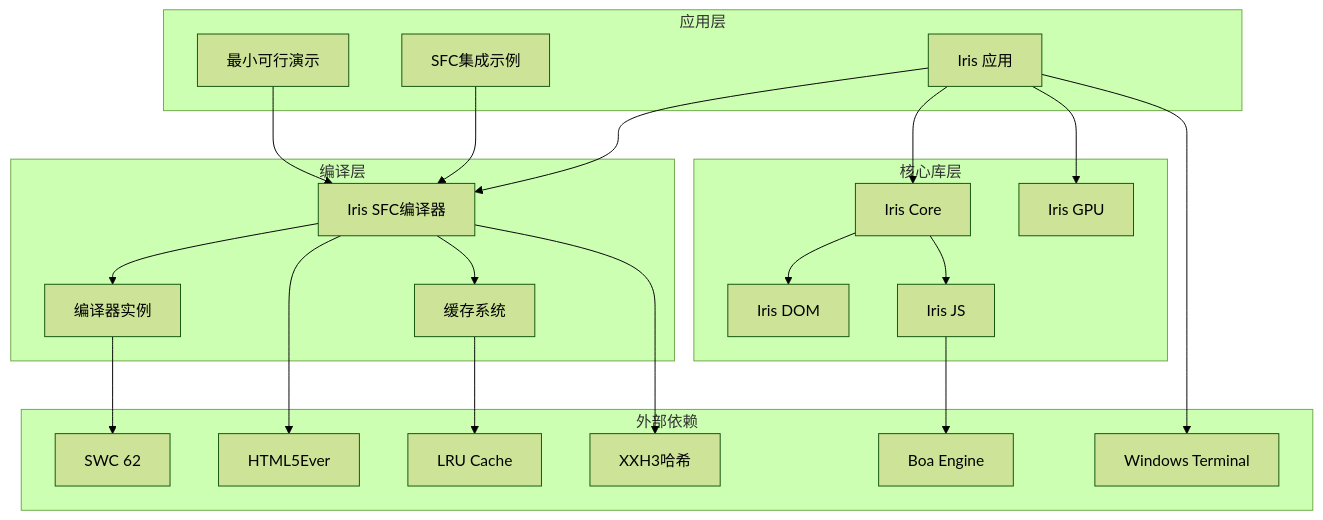
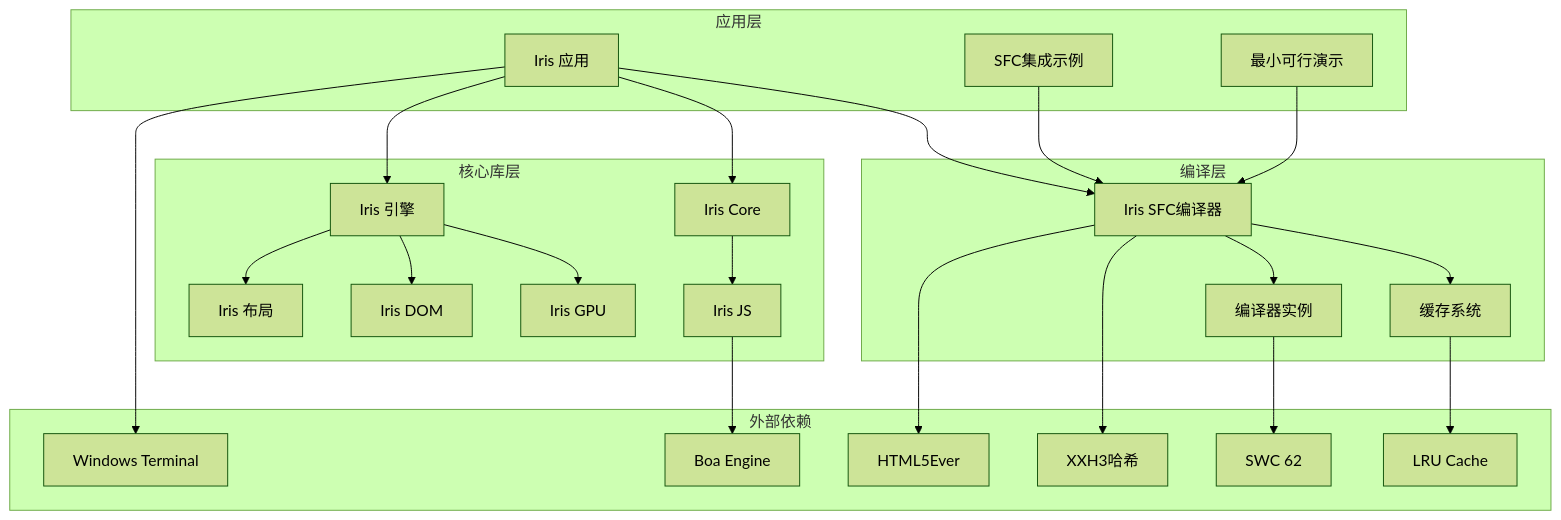
The fourth of 17 diagrams in .qoder/repowiki/zh/content/技术架构详解/即时转译系统/SFC编译器初始化机制/SFC集成示例.md (itszzl-sudo/iris), drawn with Mermaid (forest theme) before and after one commit. The commit also changed other lines of this file and 8 other files, not shown here.

First line of the commit message:
Phase C 完成: DOM  Layout 集成

````diff
--- a/.qoder/repowiki/zh/content/技术架构详解/即时转译系统/SFC编译器初始化机制/SFC集成示例.md
+++ b/.qoder/repowiki/zh/content/技术架构详解/即时转译系统/SFC编译器初始化机制/SFC集成示例.md
@@ -196,42 +207,46 @@
 ```mermaid
 graph TB
 subgraph "应用层"
 APP[Iris 应用]
 DEMO[SFC集成示例]
 MINIMAL[最小可行演示]
 end
 subgraph "编译层"
 SFC[Iris SFC编译器]
 CACHE[缓存系统]
 COMPILER[编译器实例]
 end
 subgraph "核心库层"
 CORE[Iris Core]
+ENGINE[Iris 引擎]
 GPU[Iris GPU]
 DOM[Iris DOM]
 JS[Iris JS]
+LAYOUT[Iris 布局]
 end
 subgraph "外部依赖"
 SWC[SWC 62]
 HTML5EVER[HTML5Ever]
 LRU[LRU Cache]
 XXHASH[XXH3哈希]
 BOA[Boa Engine]
 ENDERTER[Windows Terminal]
 end
 APP --> SFC
 DEMO --> SFC
 MINIMAL --> SFC
 SFC --> CACHE
 SFC --> COMPILER
 COMPILER --> SWC
 CACHE --> LRU
 SFC --> XXHASH
 SFC --> HTML5EVER
 APP --> CORE
-APP --> GPU
-CORE --> DOM
+APP --> ENGINE
+ENGINE --> GPU
+ENGINE --> DOM
+ENGINE --> LAYOUT
 CORE --> JS
 JS --> BOA
 APP --> ENDERTER
 ```
````
